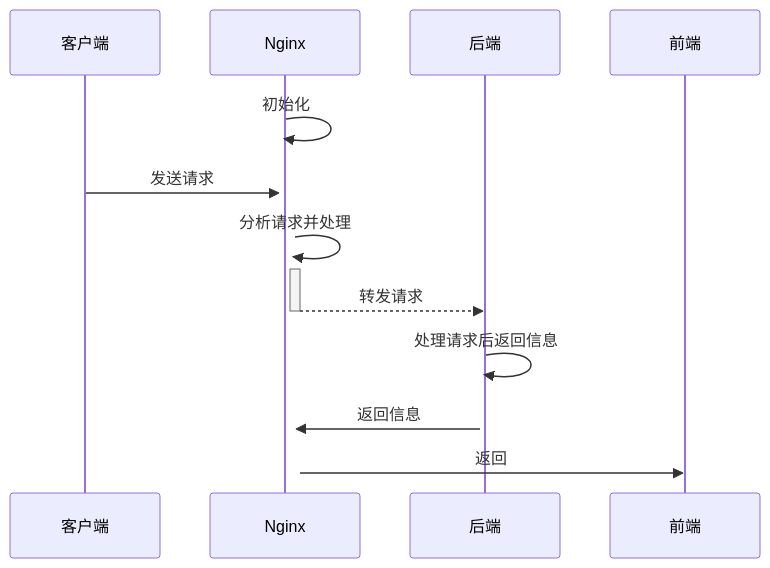
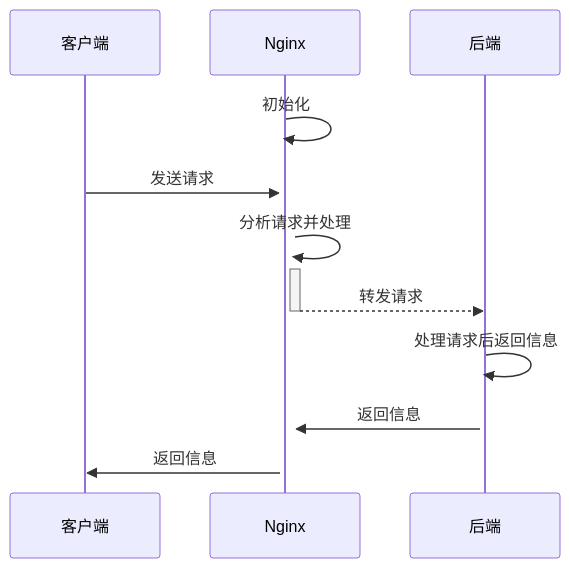
The diagram in all/未命名-7.md (HY-10-8/iodraw-files), drawn with Mermaid before and after one commit.

Commit message:
2026-11-18 11:19:02 update

````diff
--- a/all/未命名-7.md
+++ b/all/未命名-7.md
@@ -1,13 +1,13 @@
 ```mermaid
 sequenceDiagram
     participant 客户端
     participant Nginx
     participant 后端
     Nginx->>+Nginx: 初始化
     客户端->>+Nginx: 发送请求
     Nginx->>+Nginx: 分析请求并处理
     Nginx-->>-后端: 转发请求
     后端->>+后端: 处理请求后返回信息
     后端->>+Nginx: 返回信息
-    Nginx->>前端: 返回
+    Nginx->>客户端: 返回信息
 ```
````
